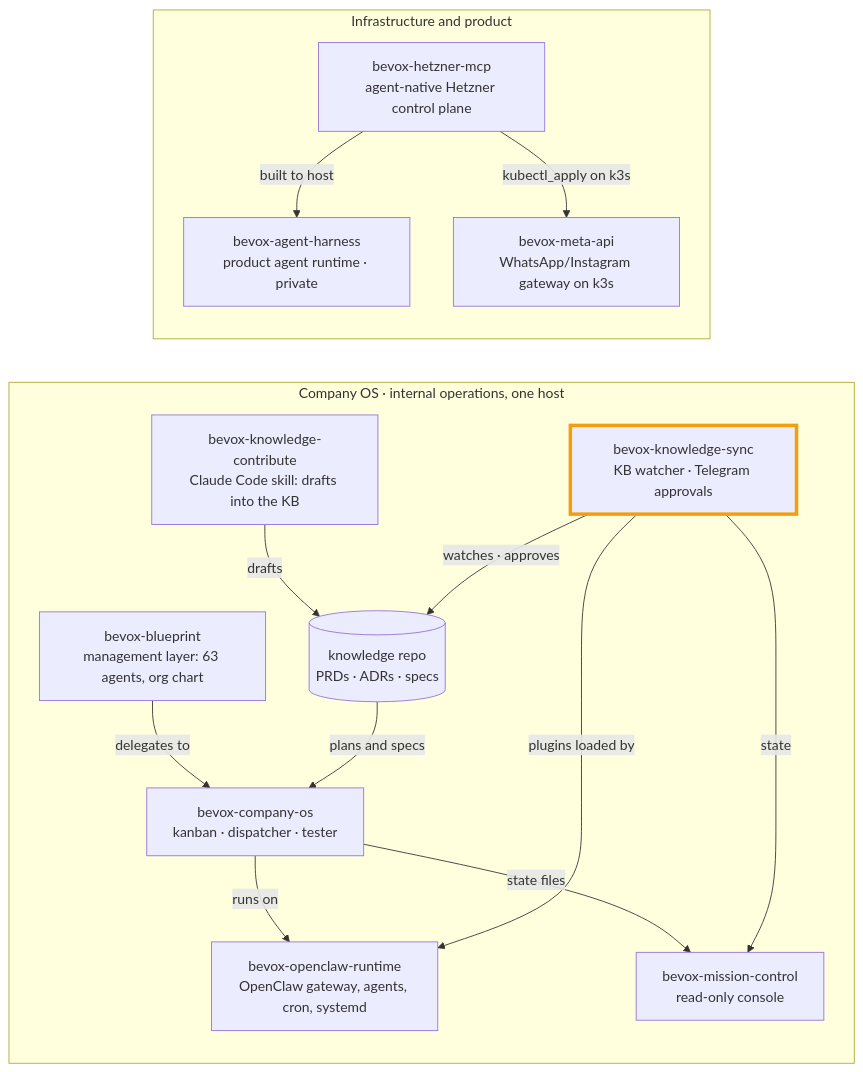
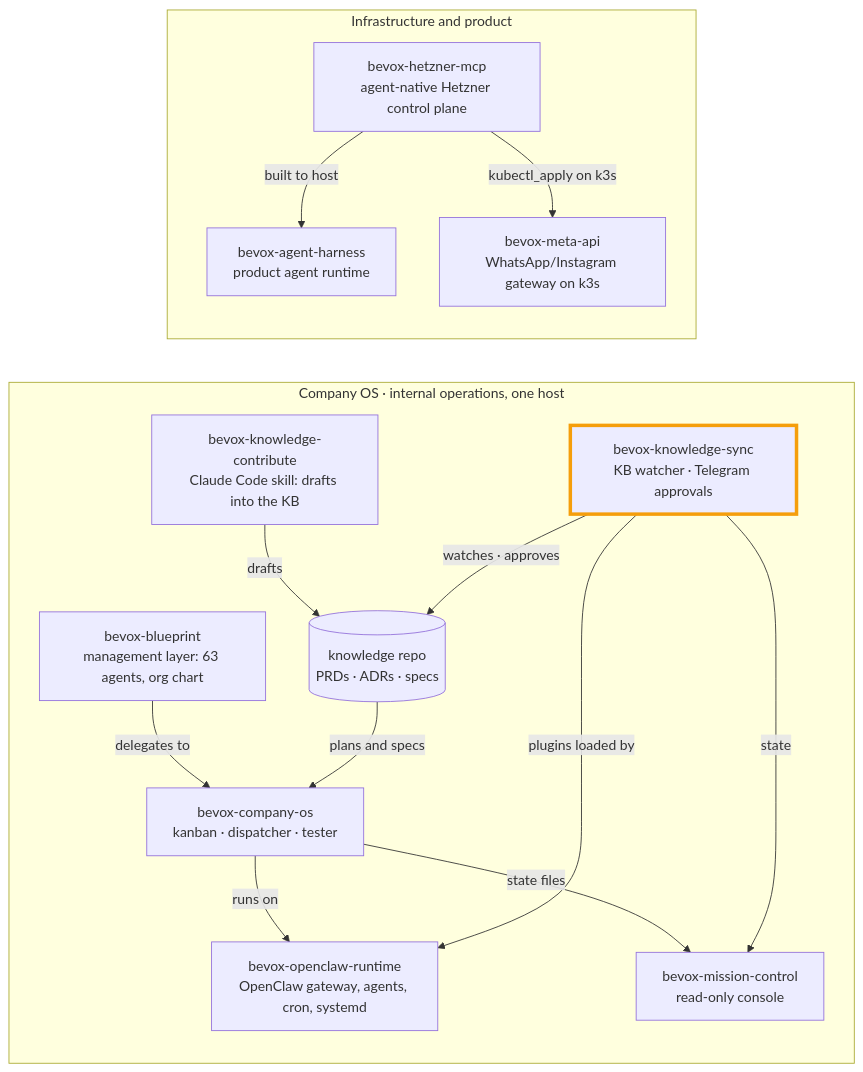
The diagram in README.md (bernardTavares/bevox-knowledge-sync), drawn with Mermaid before and after one commit. The commit also changed other lines of this file, not shown here.

Commit message:
docs: link bevox-agent-harness (now public) in the repo map
Claude-Session: https://claude.ai/code/session_01Qj817cr8c8u4ecWaCmkuX1

````diff
--- a/README.md
+++ b/README.md
@@ -74,31 +74,31 @@
 ```mermaid
 flowchart LR
   subgraph OPS["Company OS · internal operations, one host"]
     direction TB
     BP["bevox-blueprint<br/>management layer: 63 agents, org chart"]
     RT["bevox-openclaw-runtime<br/>OpenClaw gateway, agents, cron, systemd"]
     COS["bevox-company-os<br/>kanban · dispatcher · tester"]
     MC["bevox-mission-control<br/>read-only console"]
     KS["bevox-knowledge-sync<br/>KB watcher · Telegram approvals"]
     KC["bevox-knowledge-contribute<br/>Claude Code skill: drafts into the KB"]
     KB[("knowledge repo<br/>PRDs · ADRs · specs")]
   end
   subgraph INFRA["Infrastructure and product"]
     direction TB
     HZ["bevox-hetzner-mcp<br/>agent-native Hetzner control plane"]
-    H["bevox-agent-harness<br/>product agent runtime · private"]
+    H["bevox-agent-harness<br/>product agent runtime"]
     MA["bevox-meta-api<br/>WhatsApp/Instagram gateway on k3s"]
   end
   BP -->|delegates to| COS
   COS -->|runs on| RT
   KS -->|plugins loaded by| RT
   KC -->|drafts| KB
   KS -->|watches · approves| KB
   KB -->|plans and specs| COS
   COS -->|state files| MC
   KS -->|state| MC
   HZ -->|built to host| H
   HZ -->|kubectl_apply on k3s| MA
   classDef here stroke:#f59e0b,stroke-width:4px
   class KS here
 ```
````
